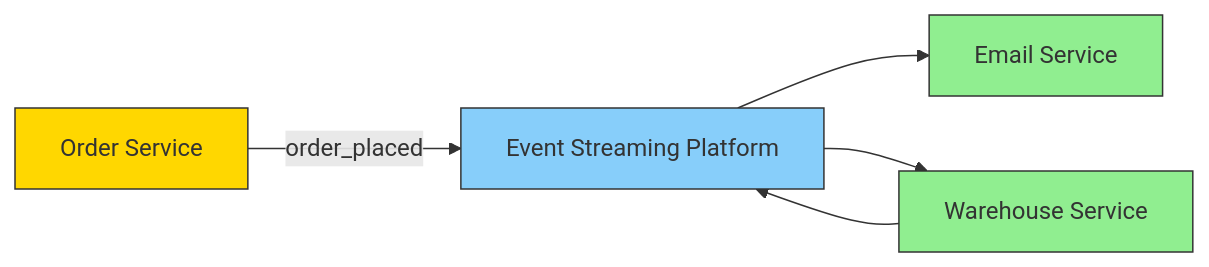
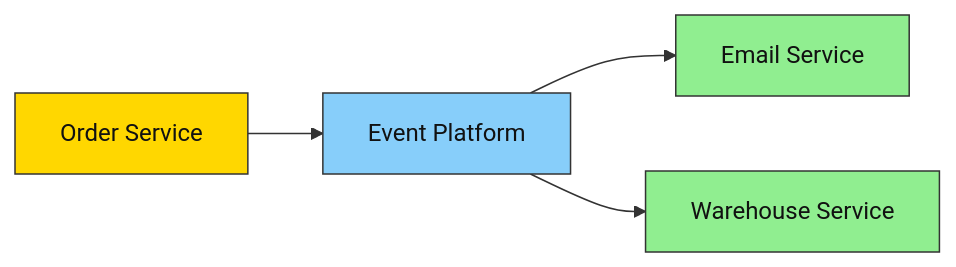
The third of 13 diagrams in README.md (alexanderkhivrych/kafka-basics), drawn with Mermaid before and after one commit. The commit also changed other lines of this file, not shown here.

Commit message:
fix: event streaming

````diff
--- a/README.md
+++ b/README.md
@@ -17,11 +43,10 @@
 ```mermaid
 flowchart LR
-    A[Order Service]:::producer -->|order_placed| K[Event Streaming Platform]:::kafka
-    B[Warehouse Service]:::consumer --> K
-    K --> C[Email Service]:::consumer
-    K --> B
+    Order[Order Service]:::producer --> Platform[Event Platform]:::kafka
+    Platform --> Email[Email Service]:::consumer
+    Platform --> Warehouse[Warehouse Service]:::consumer
 
-    classDef producer fill:#FFD700,stroke:#333,stroke-width:1px;
-    classDef consumer fill:#90EE90,stroke:#333,stroke-width:1px;
-    classDef kafka fill:#87CEFA,stroke:#333,stroke-width:1px;
+    classDef producer fill:#FFD700,color:#111,stroke:#333;
+    classDef consumer fill:#90EE90,color:#111,stroke:#333;
+    classDef kafka fill:#87CEFA,color:#111,stroke:#333;
 ```
````
